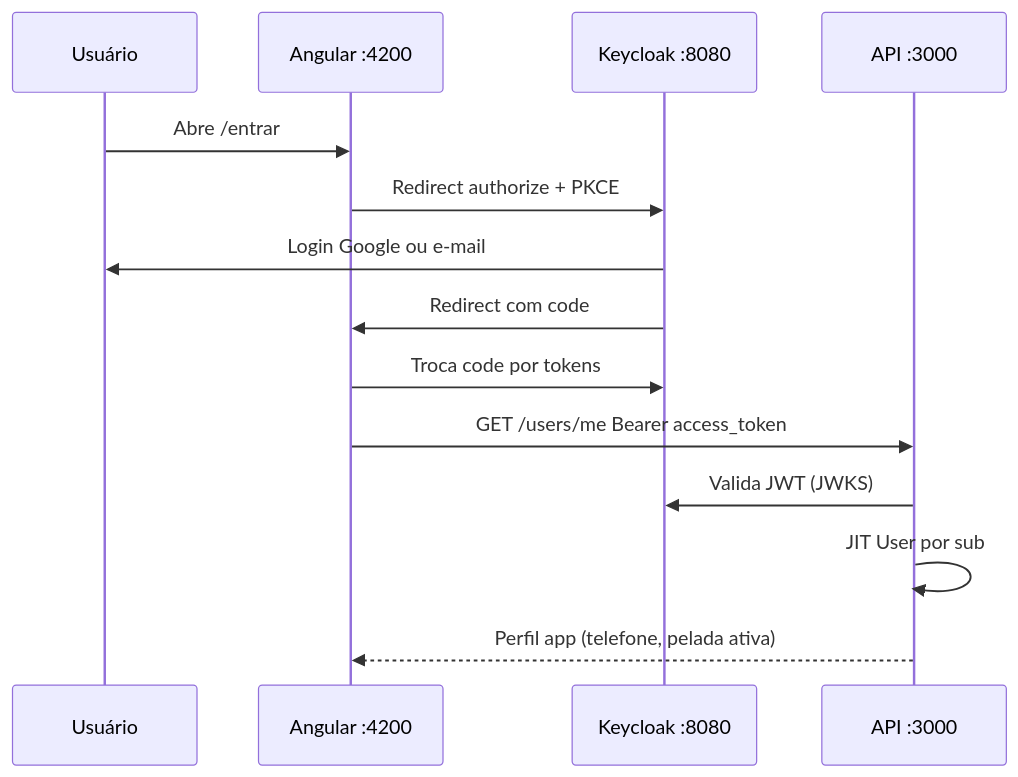
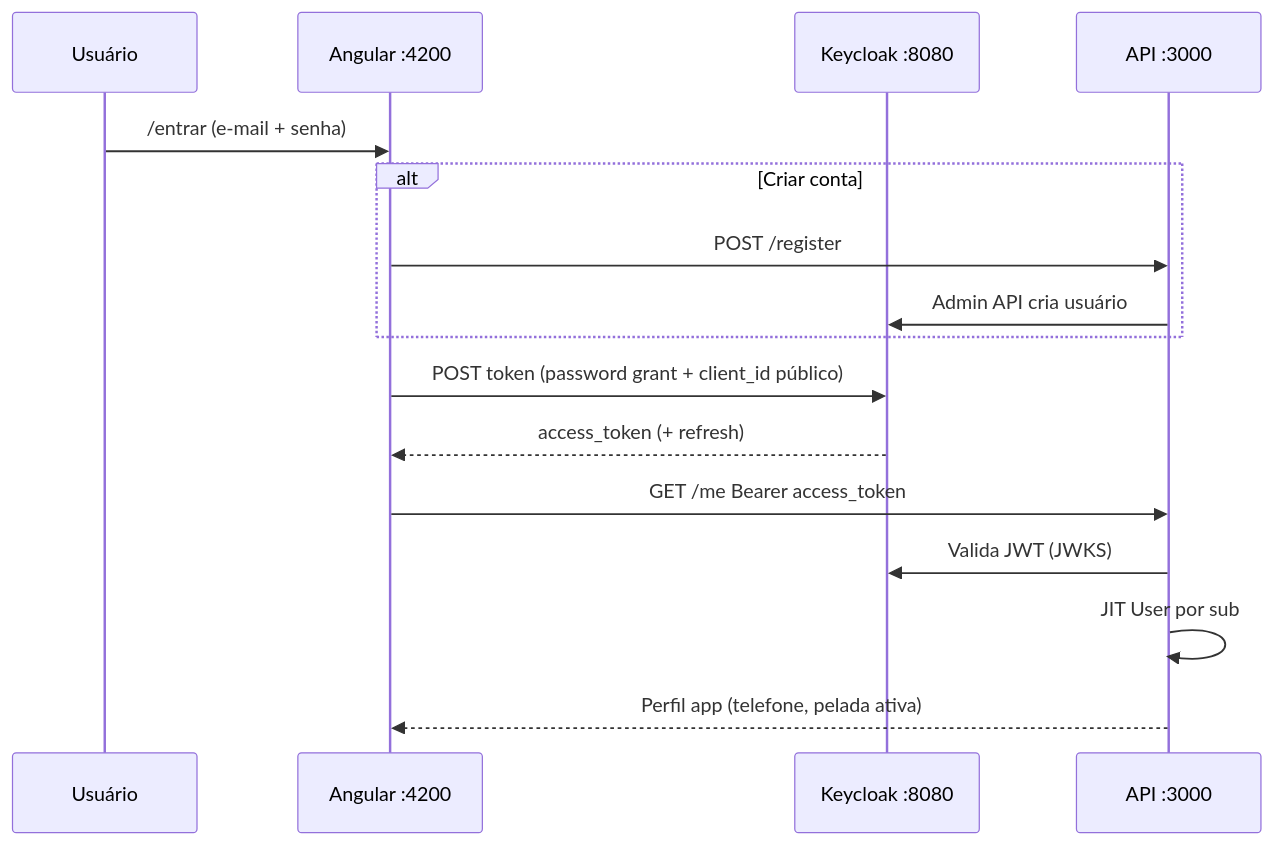
The diagram in docs/ambiente-dev-auth.md (messiasneto74/app-pelada), drawn with Mermaid before and after one commit. The commit also changed other lines of this file and 23 other files, not shown here.

````diff
--- a/docs/ambiente-dev-auth.md
+++ b/docs/ambiente-dev-auth.md
@@ -68,17 +70,19 @@
 ```mermaid
 sequenceDiagram
   participant U as Usuário
   participant W as Angular :4200
   participant K as Keycloak :8080
   participant A as API :3000
 
-  U->>W: Abre /entrar
-  W->>K: Redirect authorize + PKCE
-  K->>U: Login Google ou e-mail
-  K->>W: Redirect com code
-  W->>K: Troca code por tokens
-  W->>A: GET /users/me Bearer access_token
+  U->>W: /entrar (e-mail + senha)
+  alt Criar conta
+    W->>A: POST /register
+    A->>K: Admin API cria usuário
+  end
+  W->>K: POST token (password grant + client_id público)
+  K-->>W: access_token (+ refresh)
+  W->>A: GET /me Bearer access_token
   A->>K: Valida JWT (JWKS)
   A->>A: JIT User por sub
   A-->>W: Perfil app (telefone, pelada ativa)
 ```
````
